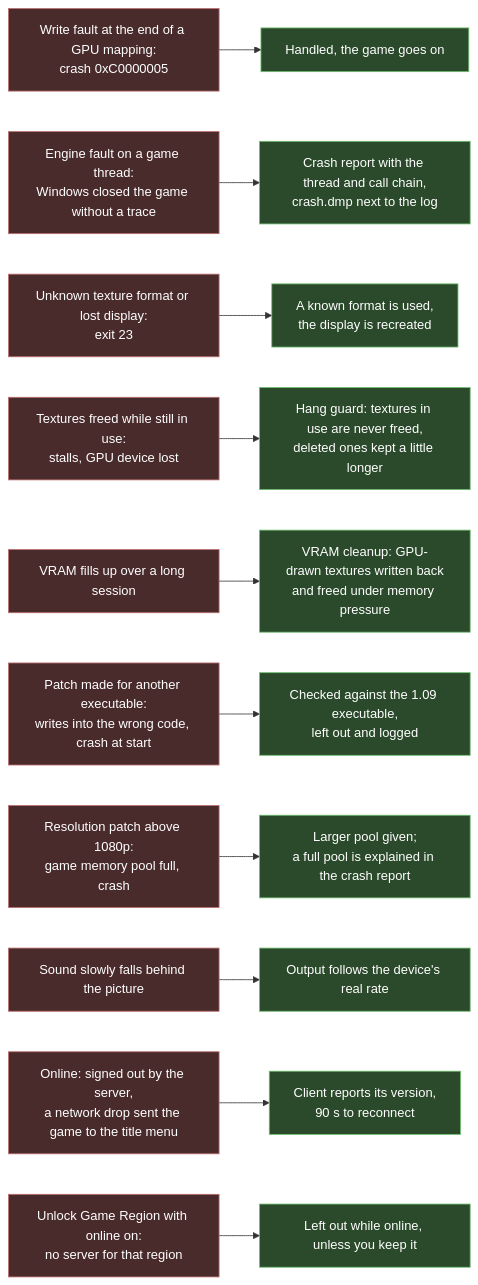
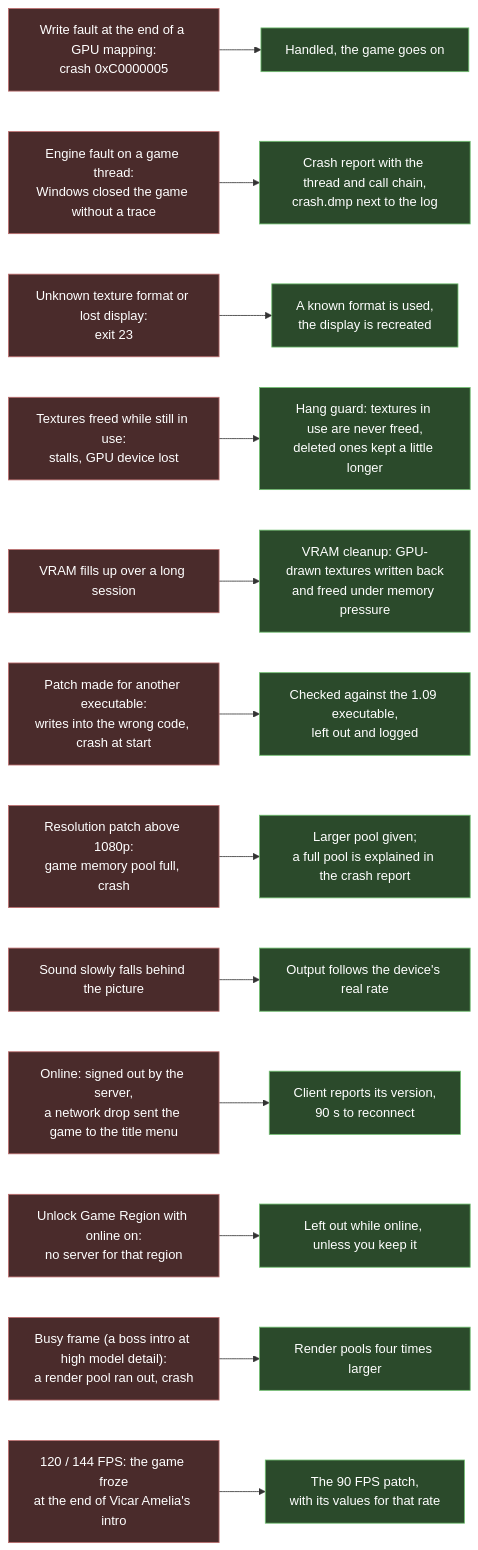
Before and after one commit to 123456qewret/LanternEngine: the second of 3 diagrams in README.md, drawn with Mermaid. The commit also changed other lines of this file and 8 other files, not shown here.

Commit message:
0.9.16: Xbox controller icons, 120/144 FPS on the 90 FPS patch (Amelia intro freeze), larger render pools, 1.09 third-party patches

````diff
--- a/README.md
+++ b/README.md
@@ -115,17 +115,19 @@
 ```mermaid
 flowchart LR
     s1["Write fault at the end of a GPU mapping:<br/>crash 0xC0000005"] --> f1["Handled, the game goes on"]
     s2["Engine fault on a game thread:<br/>Windows closed the game without a trace"] --> f2["Crash report with the thread and call chain,<br/>crash.dmp next to the log"]
     s3["Unknown texture format or lost display:<br/>exit 23"] --> f3["A known format is used,<br/>the display is recreated"]
     s4["Textures freed while still in use:<br/>stalls, GPU device lost"] --> f4["Hang guard: textures in use are never freed,<br/>deleted ones kept a little longer"]
     s5["VRAM fills up over a long session"] --> f5["VRAM cleanup: GPU-drawn textures written back<br/>and freed under memory pressure"]
     s6["Patch made for another executable:<br/>writes into the wrong code, crash at start"] --> f6["Checked against the 1.09 executable,<br/>left out and logged"]
     s7["Resolution patch above 1080p:<br/>game memory pool full, crash"] --> f7["Larger pool given;<br/>a full pool is explained in the crash report"]
     s8["Sound slowly falls behind the picture"] --> f8["Output follows the device's real rate"]
     s9["Online: signed out by the server,<br/>a network drop sent the game to the title menu"] --> f9["Client reports its version,<br/>90 s to reconnect"]
     s10["Unlock Game Region with online on:<br/>no server for that region"] --> f10["Left out while online, unless you keep it"]
+    s11["Busy frame (a boss intro at high model detail):<br/>a render pool ran out, crash"] --> f11["Render pools four times larger"]
+    s12["120 / 144 FPS: the game froze<br/>at the end of Vicar Amelia's intro"] --> f12["The 90 FPS patch,<br/>with its values for that rate"]
     classDef was fill:#4a2b2b,stroke:#bf6f6f,color:#fff
     classDef now fill:#2b4a2b,stroke:#6fbf6f,color:#fff
-    class s1,s2,s3,s4,s5,s6,s7,s8,s9,s10 was
-    class f1,f2,f3,f4,f5,f6,f7,f8,f9,f10 now
+    class s1,s2,s3,s4,s5,s6,s7,s8,s9,s10,s11,s12 was
+    class f1,f2,f3,f4,f5,f6,f7,f8,f9,f10,f11,f12 now
 ```
````
